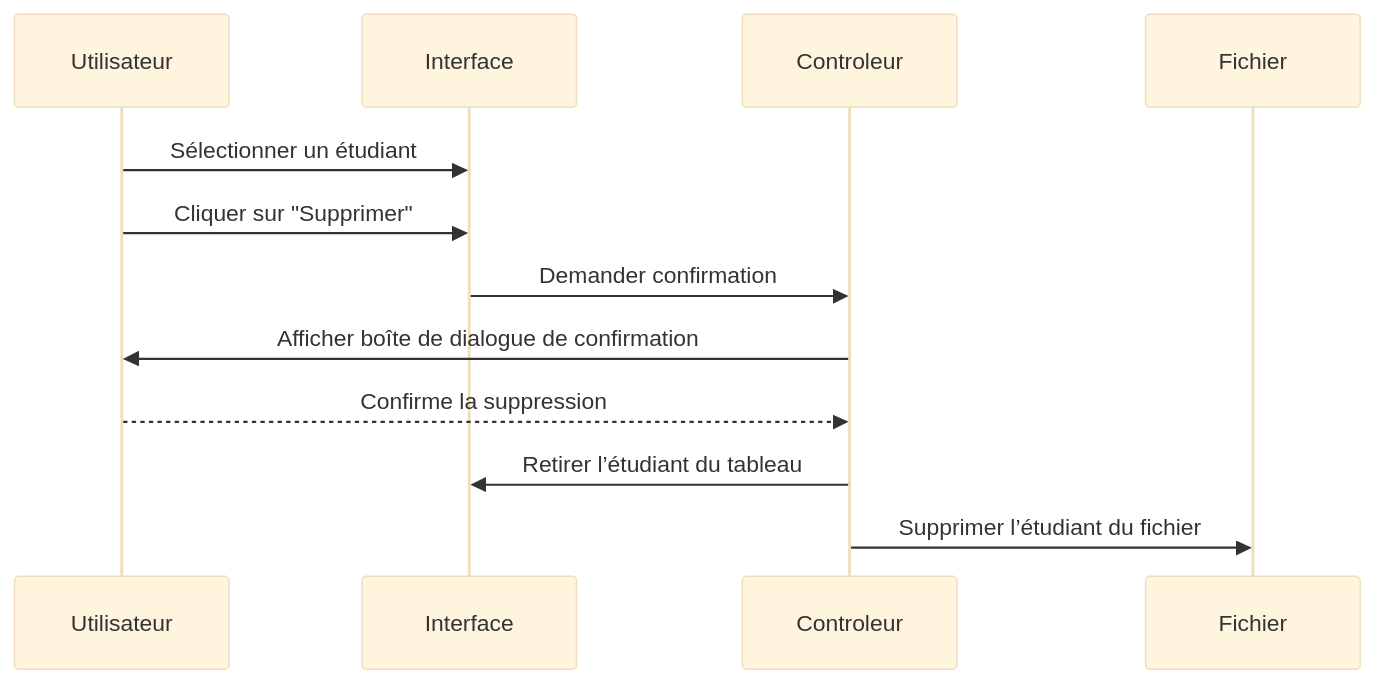
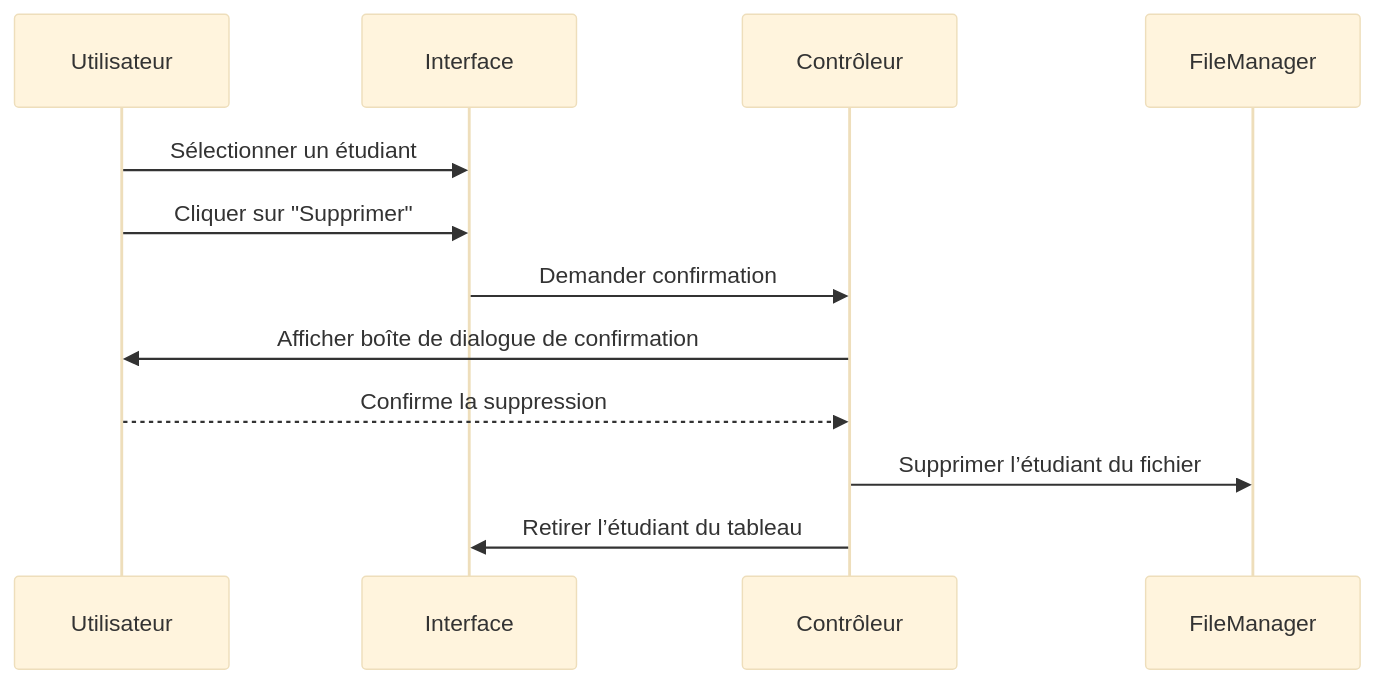
The third of 4 diagrams in docs/TD 01 - Interface utilisateur avec Scene Builder/ex03-tableview.md (esibru/4prj1d-labos), drawn with Mermaid (base theme) before and after one commit. The commit also changed other lines of this file, not shown here.

Commit message:
Mise à jour des sequences du TD01

````diff
--- a/docs/TD 01 - Interface utilisateur avec Scene Builder/ex03-tableview.md
+++ b/docs/TD 01 - Interface utilisateur avec Scene Builder/ex03-tableview.md
@@ -162,16 +162,16 @@
 ```mermaid
 sequenceDiagram
     participant Utilisateur
     participant Interface
-    participant Controleur
-    participant Fichier
+    participant Contrôleur
+    participant FileManager
 
     Utilisateur->>Interface: Sélectionner un étudiant
     Utilisateur->>Interface: Cliquer sur "Supprimer"
-    Interface->>Controleur: Demander confirmation
-    Controleur->>Utilisateur: Afficher boîte de dialogue de confirmation
-    Utilisateur-->>Controleur: Confirme la suppression
-    Controleur->>Interface: Retirer l’étudiant du tableau
-    Controleur->>Fichier: Supprimer l’étudiant du fichier
+    Interface->>Contrôleur: Demander confirmation
+    Contrôleur->>Utilisateur: Afficher boîte de dialogue de confirmation
+    Utilisateur-->>Contrôleur: Confirme la suppression
+    Contrôleur->>FileManager: Supprimer l’étudiant du fichier
+    Contrôleur->>Interface: Retirer l’étudiant du tableau
 
 ```
````
